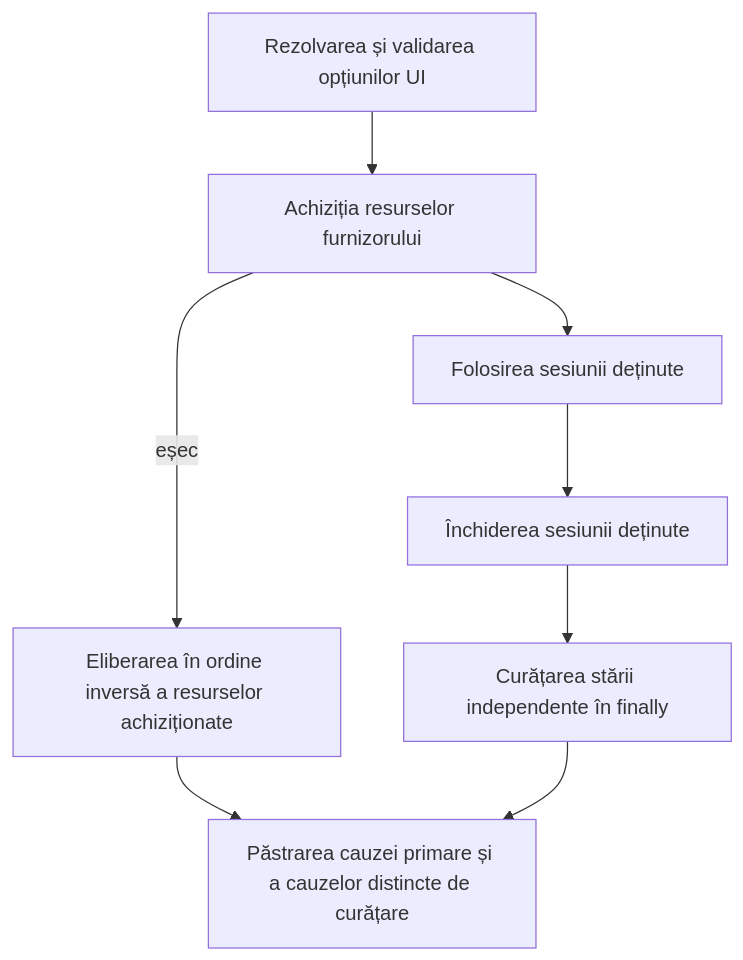
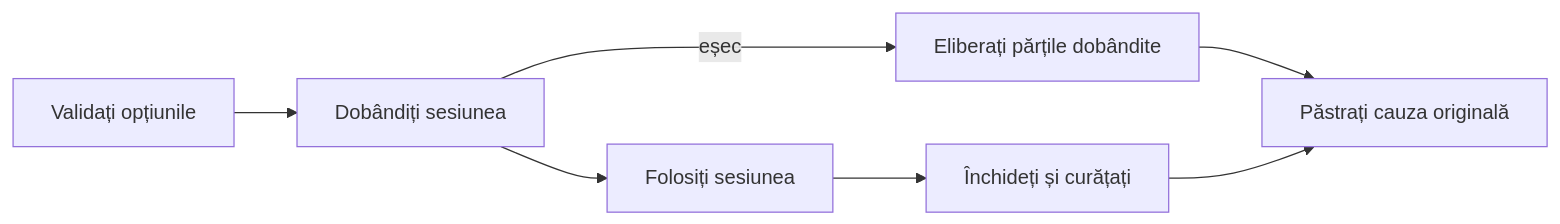
One commit to crististefanita/ATF_AI changed the diagram in atf-core/README.md. Above: the diagram before and after it, drawn with Mermaid. The commit also changed other lines of this file and 111 other files, not shown here.

````diff
--- a/atf-core/README.md
+++ b/atf-core/README.md
@@ -72,10 +72,9 @@
 ```mermaid
-flowchart TB
-    Config["Rezolvarea și validarea opțiunilor UI"] --> Acquire["Achiziția resurselor furnizorului"]
-    Acquire --> Ready["Folosirea sesiunii deținute"]
-    Acquire -->|eșec| Rollback["Eliberarea în ordine inversă a resurselor achiziționate"]
-    Ready --> Close["Închiderea sesiunii deținute"]
-    Close --> Clear["Curățarea stării independente în finally"]
-    Rollback --> Cause["Păstrarea cauzei primare și a cauzelor distincte de curățare"]
-    Clear --> Cause
+flowchart LR
+    Config["Validați opțiunile"] --> Acquire["Dobândiți sesiunea"]
+    Acquire --> Ready["Folosiți sesiunea"]
+    Acquire -->|eșec| Rollback["Eliberați părțile dobândite"]
+    Ready --> Close["Închideți și curățați"]
+    Rollback --> Cause["Păstrați cauza originală"]
+    Close --> Cause
 ```
````
